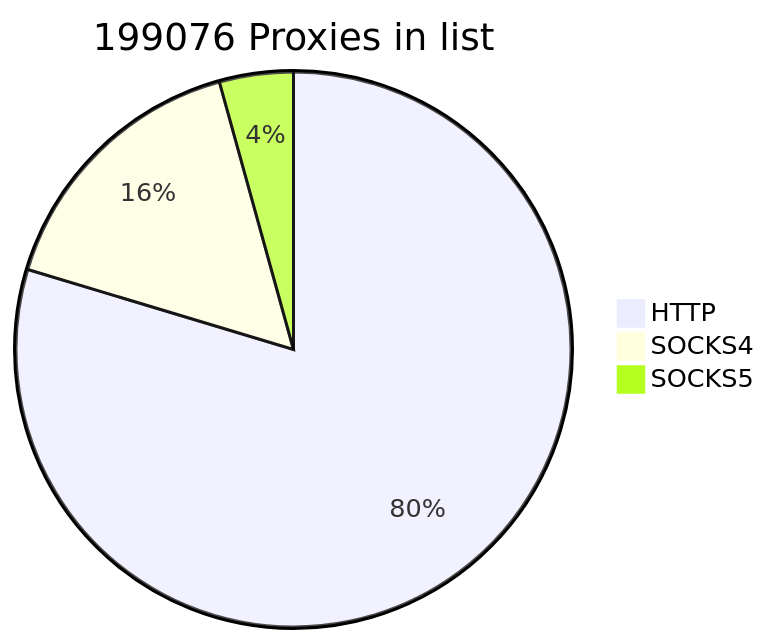
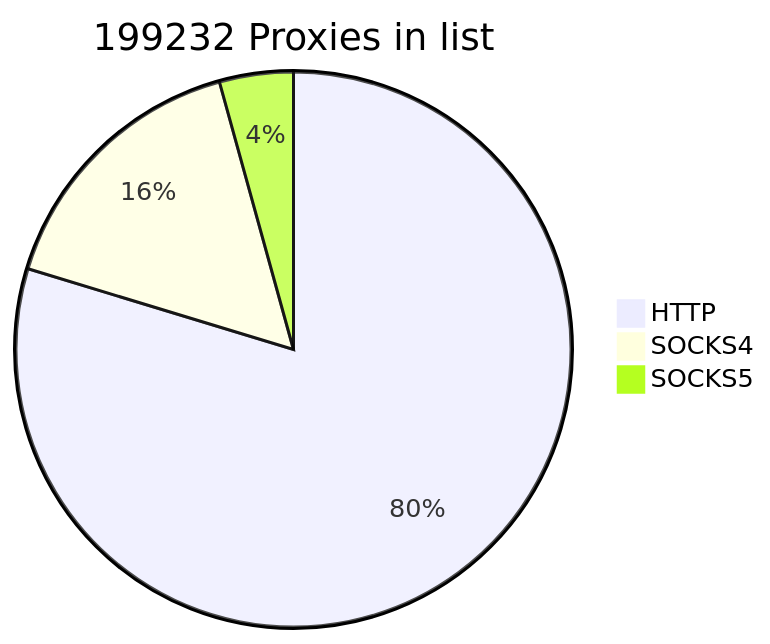
One commit to cutipu/proxylist changed the first of 2 diagrams in README.md. Above: the diagram before and after it, drawn with Mermaid. The commit also changed other lines of this file, not shown here.

````diff
--- a/README.md
+++ b/README.md
@@ -2,7 +2,7 @@
 ```mermaid
-pie title 199076 Proxies in list
-    "HTTP" : 158578
-    "SOCKS4" : 31939
-    "SOCKS5" : 8559
+pie title 199232 Proxies in list
+    "HTTP" : 158788
+    "SOCKS4" : 31884
+    "SOCKS5" : 8560
             
 ```
````
